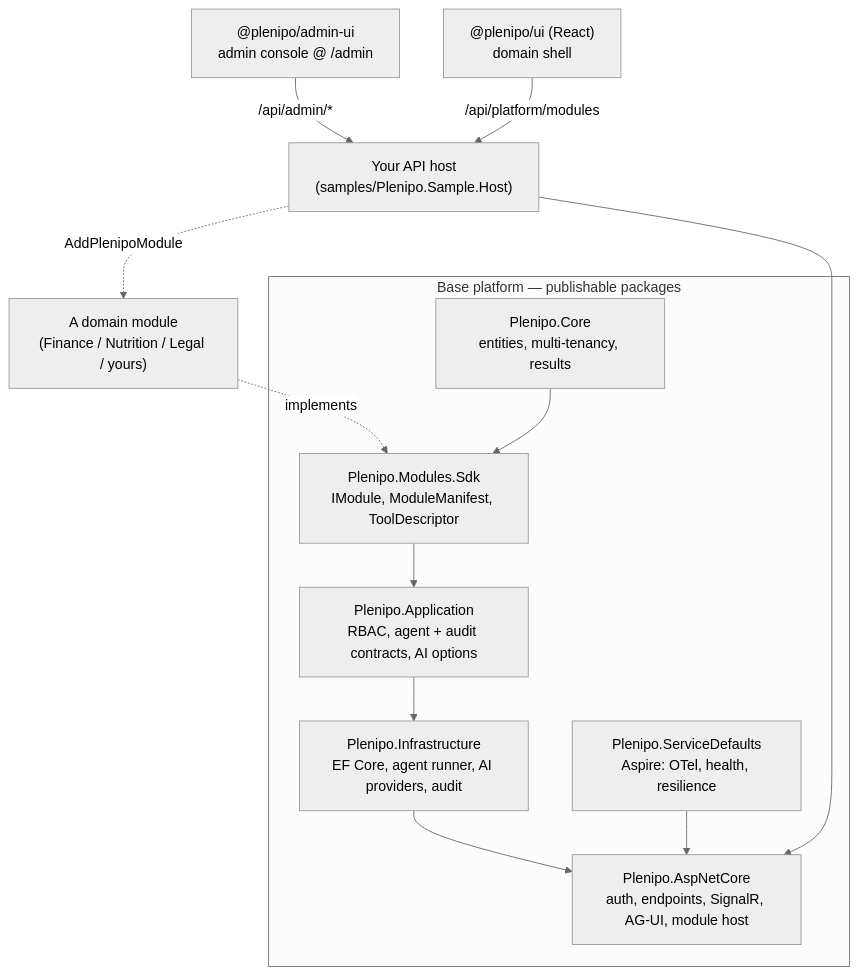
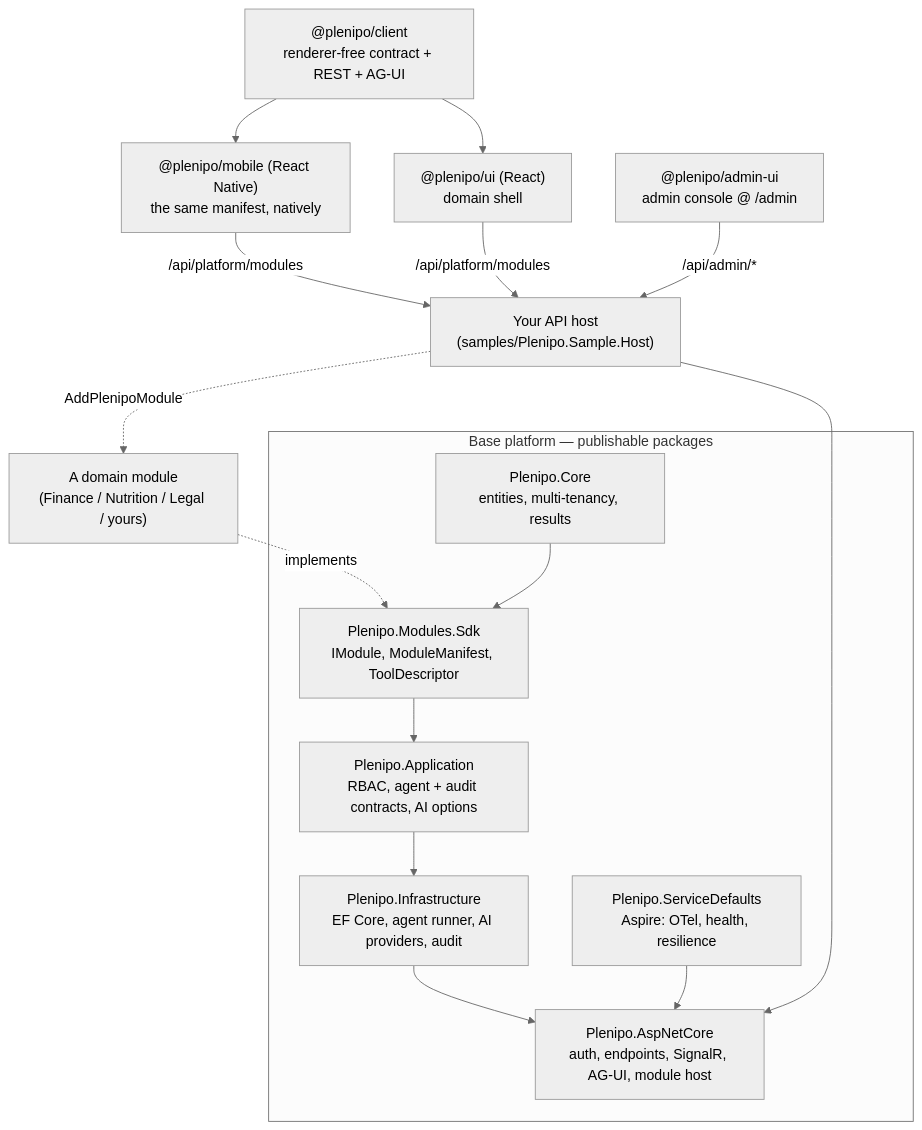
The first of 3 diagrams in ARCHITECTURE.md (abrahamFerga/Plenipo), drawn with Mermaid (neutral theme) before and after one commit. The commit also changed other lines of this file and 100 other files, not shown here.

First line of the commit message:
A mobile app that renders the same manifest — no per-product code (#67)

````diff
--- a/ARCHITECTURE.md
+++ b/ARCHITECTURE.md
@@ -23,22 +23,26 @@
 ```mermaid
 flowchart TD
   subgraph platform["Base platform — publishable packages"]
     Core["Plenipo.Core<br/>entities, multi-tenancy, results"]
     Sdk["Plenipo.Modules.Sdk<br/>IModule, ModuleManifest, ToolDescriptor"]
     App["Plenipo.Application<br/>RBAC, agent + audit contracts, AI options"]
     Infra["Plenipo.Infrastructure<br/>EF Core, agent runner, AI providers, audit"]
     Web["Plenipo.AspNetCore<br/>auth, endpoints, SignalR, AG-UI, module host"]
     SD["Plenipo.ServiceDefaults<br/>Aspire: OTel, health, resilience"]
   end
 
   Core --> Sdk --> App --> Infra --> Web
   SD --> Web
 
   Module["A domain module<br/>(Finance / Nutrition / Legal / yours)"]
   Module -. implements .-> Sdk
   Host["Your API host<br/>(samples/Plenipo.Sample.Host)"]
   Host --> Web
   Host -. "AddPlenipoModule" .-> Module
+  Client["@plenipo/client<br/>renderer-free contract + REST + AG-UI"]
   UI["@plenipo/ui (React)<br/>domain shell"] -- "/api/platform/modules" --> Host
+  Mobile["@plenipo/mobile (React Native)<br/>the same manifest, natively"] -- "/api/platform/modules" --> Host
   Admin["@plenipo/admin-ui<br/>admin console @ /admin"] -- "/api/admin/*" --> Host
+  Client --> UI
+  Client --> Mobile
 ```
````
